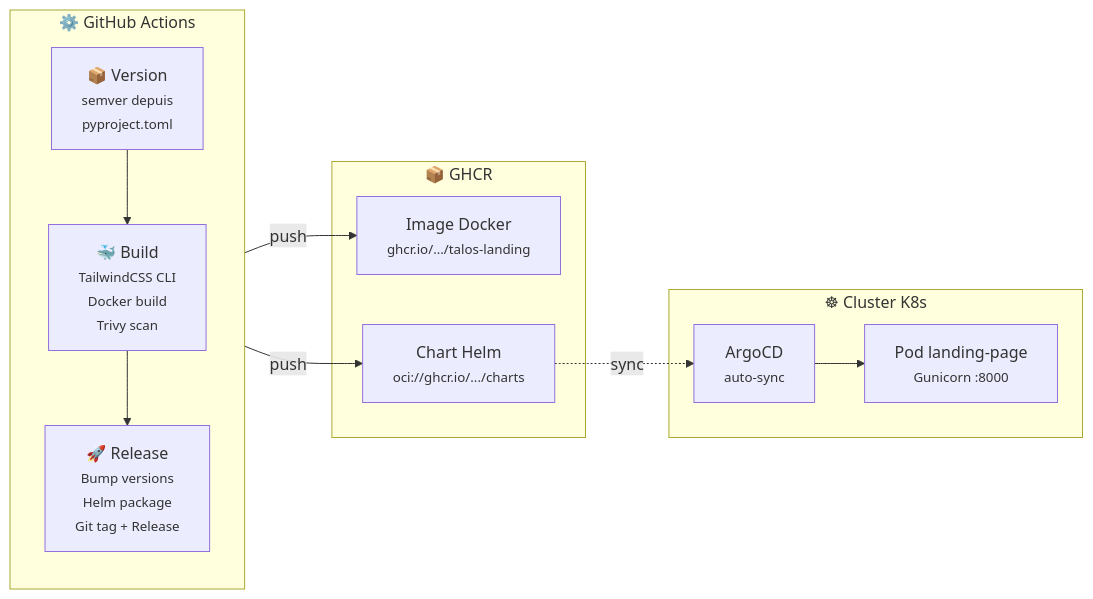
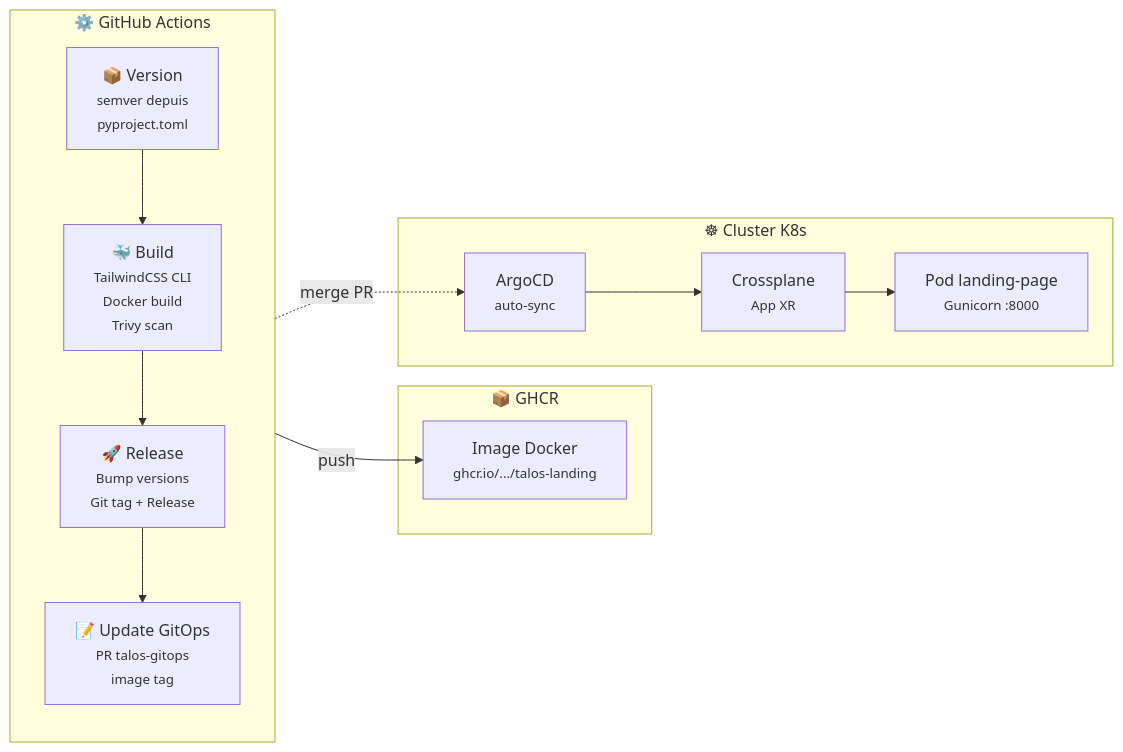
The second of 2 diagrams in README.md (naqa92-portfolio-projects/talos-landing), drawn with Mermaid before and after one commit.

Commit message:
docs: update Build & Release diagram for Crossplane deployment
Replace Helm chart OCI flow with GitOps PR + Crossplane XR pattern.

````diff
--- a/README.md
+++ b/README.md
@@ -59,26 +59,26 @@
 ```mermaid
 flowchart LR
     subgraph CI["⚙️ GitHub Actions"]
         direction TB
         Version["📦 Version<br/><small>semver depuis<br/>pyproject.toml</small>"]
         Build["🐳 Build<br/><small>TailwindCSS CLI<br/>Docker build<br/>Trivy scan</small>"]
-        Release["🚀 Release<br/><small>Bump versions<br/>Helm package<br/>Git tag + Release</small>"]
-        Version --> Build --> Release
+        Release["🚀 Release<br/><small>Bump versions<br/>Git tag + Release</small>"]
+        GitOps["📝 Update GitOps<br/><small>PR talos-gitops<br/>image tag</small>"]
+        Version --> Build --> Release --> GitOps
     end
 
-    subgraph Registries["📦 GHCR"]
+    subgraph GHCR["📦 GHCR"]
         DockerImg["Image Docker<br/><small>ghcr.io/.../talos-landing</small>"]
-        HelmChart["Chart Helm<br/><small>oci://ghcr.io/.../charts</small>"]
     end
 
     Build -->|"push"| DockerImg
-    Release -->|"push"| HelmChart
 
     subgraph Cluster["☸ Cluster K8s"]
         ArgoSync["ArgoCD<br/><small>auto-sync</small>"]
+        Crossplane["Crossplane<br/><small>App XR</small>"]
         Pod["Pod landing-page<br/><small>Gunicorn :8000</small>"]
     end
 
-    HelmChart -.->|"sync"| ArgoSync
-    ArgoSync --> Pod
+    GitOps -.->|"merge PR"| ArgoSync
+    ArgoSync --> Crossplane --> Pod
 ```
````
